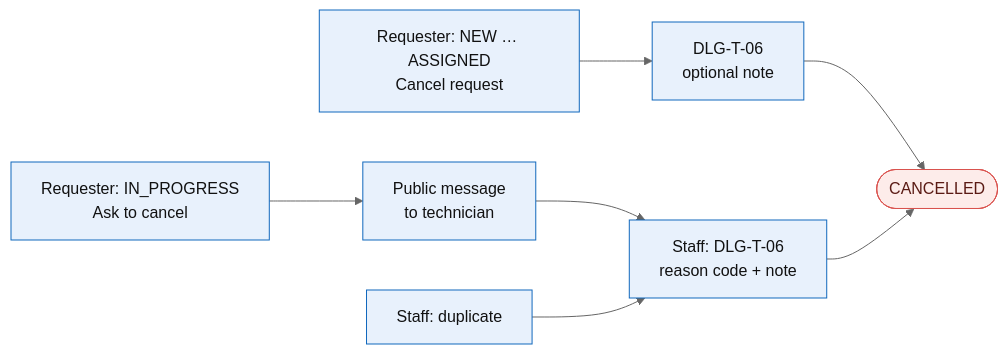
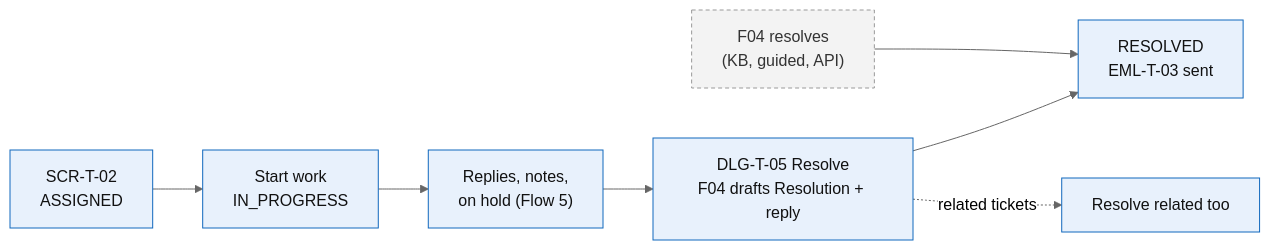
One commit to Akaza-ban/Fable changed the sixth of 7 diagrams in docs/f03-ticket-management/information-architecture/03-user-flows.md. Above: the diagram before and after it, drawn with Mermaid (neutral theme). The commit also changed other lines of this file and 9 other files, not shown here.

Commit message:
docs: align with mindmap

````diff
--- a/docs/f03-ticket-management/information-architecture/03-user-flows.md
+++ b/docs/f03-ticket-management/information-architecture/03-user-flows.md
@@ -141,14 +149,14 @@
 ```mermaid
 flowchart LR
-    a["Requester: NEW … ASSIGNED<br/>Cancel request"] --> b["DLG-T-06<br/>optional note"]
-    b --> z(["CANCELLED"])
-    c["Requester: IN_PROGRESS<br/>Ask to cancel"] --> d["Public message<br/>to technician"]
-    d --> e["Staff: DLG-T-06<br/>reason code + note"]
-    f["Staff: duplicate"] --> e
-    e --> z
+    a["SCR-T-02<br/>ASSIGNED"] --> b["Start work<br/>IN_PROGRESS"]
+    b --> c["Replies, notes,<br/>on hold (Flow 5)"]
+    c --> d["DLG-T-05 Resolve<br/>F04 drafts Resolution + reply"]
+    d --> e["RESOLVED<br/>EML-T-03 sent"]
+    f["F04 resolves<br/>(KB, guided, API)"] --> e
+    d -. "related tickets" .-> g["Resolve related too"]
 
     classDef f03 fill:#e8f1fc,color:#111,stroke:#1168bd
-    classDef final fill:#fdecea,color:#5a1a14,stroke:#d9534f
-    class a,b,c,d,e,f f03
-    class z final
+    classDef other fill:#f3f3f3,color:#333,stroke:#999,stroke-dasharray:4 3
+    class a,b,c,d,e,g f03
+    class f other
 ```
````
